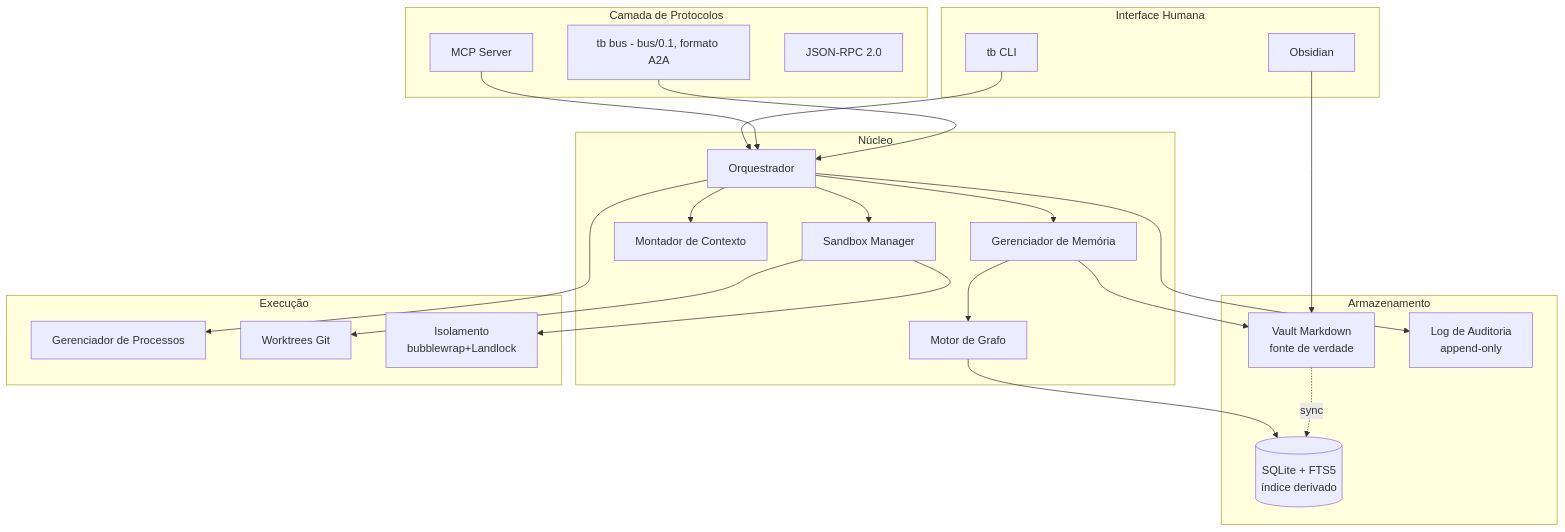
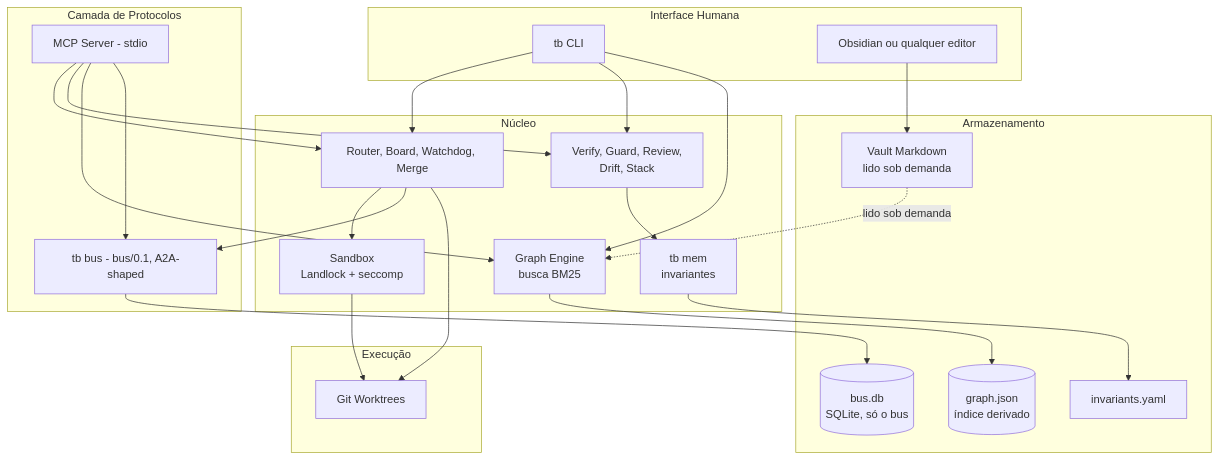
Before and after one commit to leonardo-moraes360/toolbelt: the first of 12 diagrams in docs/pt-BR/arquitetura.md, drawn with Mermaid. The commit also changed other lines of this file and 1 other file, not shown here.

Commit message:
docs(arquitetura): describe what exists (graph.json + BM25, Landlock/seccomp, real .toolbelt tree); mark roles, capability tokens, tb run/proc and audit log as dropped or planned

````diff
--- a/docs/pt-BR/arquitetura.md
+++ b/docs/pt-BR/arquitetura.md
@@ -9,53 +9,50 @@
 ```mermaid
 graph TB
     subgraph "Interface Humana"
         CLI[tb CLI]
-        OBS[Obsidian]
+        OBS[Obsidian ou qualquer editor]
     end
 
     subgraph "Camada de Protocolos"
-        MCP[MCP Server]
-        BUS[tb bus - bus/0.1, formato A2A]
-        RPC[JSON-RPC 2.0]
+        MCP[MCP Server - stdio]
+        BUS[tb bus - bus/0.1, A2A-shaped]
     end
 
     subgraph "Núcleo"
-        ORCH[Orquestrador]
-        MEM[Gerenciador de Memória]
-        CTX[Montador de Contexto]
-        GRAPH[Motor de Grafo]
-        SANDBOX[Sandbox Manager]
+        ROUTER[Router, Board, Watchdog, Merge]
+        MEM[tb mem<br/>invariantes]
+        GRAPH[Graph Engine<br/>busca BM25]
+        VERIFY[Verify, Guard, Review,<br/>Drift, Stack]
+        SANDBOX[Sandbox<br/>Landlock + seccomp]
     end
 
     subgraph "Armazenamento"
-        VAULT[Vault Markdown<br/>fonte de verdade]
-        SQLITE[(SQLite + FTS5<br/>índice derivado)]
-        AUDIT[Log de Auditoria<br/>append-only]
+        VAULT[Vault Markdown<br/>lido sob demanda]
+        GJSON[(graph.json<br/>índice derivado)]
+        BUSDB[(bus.db<br/>SQLite, só o bus)]
+        INV[invariants.yaml]
     end
 
     subgraph "Execução"
-        PROC[Gerenciador de Processos]
-        WORK[Worktrees Git]
-        ISO[Isolamento<br/>bubblewrap+Landlock]
+        WORK[Git Worktrees]
     end
 
-    CLI --> ORCH
+    CLI --> ROUTER
+    CLI --> VERIFY
+    CLI --> GRAPH
     OBS --> VAULT
-    MCP --> ORCH
-    BUS --> ORCH
+    MCP --> ROUTER
+    MCP --> VERIFY
+    MCP --> GRAPH
+    MCP --> BUS
 
-    ORCH --> MEM
-    ORCH --> CTX
-    ORCH --> SANDBOX
-    ORCH --> PROC
-
-    MEM --> VAULT
-    MEM --> GRAPH
-    GRAPH --> SQLITE
-    VAULT -.->|sync| SQLITE
-
+    ROUTER --> SANDBOX
+    ROUTER --> BUS
+    ROUTER --> WORK
+    MEM --> INV
+    VERIFY --> MEM
+    GRAPH --> GJSON
+    VAULT -.->|lido sob demanda| GRAPH
+    BUS --> BUSDB
     SANDBOX --> WORK
-    SANDBOX --> ISO
-
-    ORCH --> AUDIT
 ```
````
